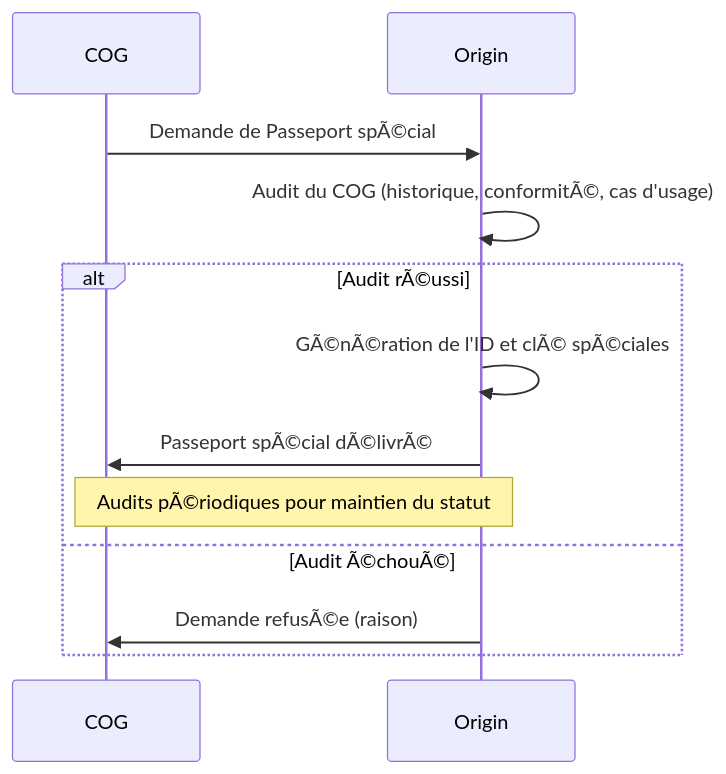
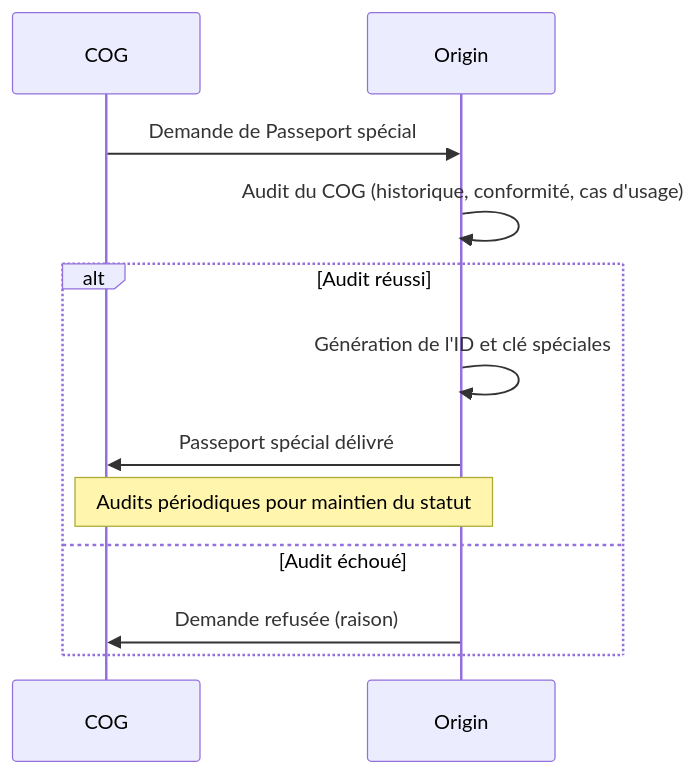
Before and after one commit to StudioMiyukini/miyukini_cog: the third of 7 diagrams in docs/miyukini-webway-system/verification/MWS - Passeport et Visa.md, drawn with Mermaid. The commit also changed other lines of this file and 564 other files, not shown here.

````diff
--- a/docs/miyukini-webway-system/verification/MWS - Passeport et Visa.md
+++ b/docs/miyukini-webway-system/verification/MWS - Passeport et Visa.md
@@ -326,15 +326,15 @@
 ```mermaid
 sequenceDiagram
     participant COG as COG
     participant O as Origin
 
-    COG->>O: Demande de Passeport spÃ©cial
-    O->>O: Audit du COG (historique, conformitÃ©, cas d'usage)
-    alt Audit rÃ©ussi
-        O->>O: GÃ©nÃ©ration de l'ID et clÃ© spÃ©ciales
-        O->>COG: Passeport spÃ©cial dÃ©livrÃ©
-        Note over COG,O: Audits pÃ©riodiques pour maintien du statut
-    else Audit Ã©chouÃ©
-        O->>COG: Demande refusÃ©e (raison)
+    COG->>O: Demande de Passeport spécial
+    O->>O: Audit du COG (historique, conformité, cas d'usage)
+    alt Audit réussi
+        O->>O: Génération de l'ID et clé spéciales
+        O->>COG: Passeport spécial délivré
+        Note over COG,O: Audits périodiques pour maintien du statut
+    else Audit échoué
+        O->>COG: Demande refusée (raison)
     end
 ```
````
